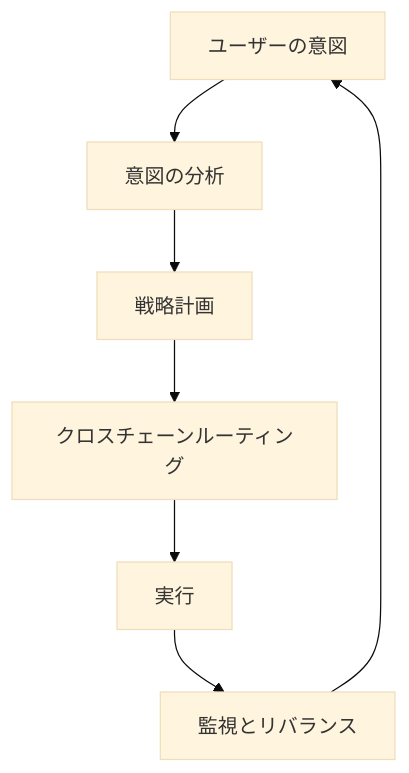
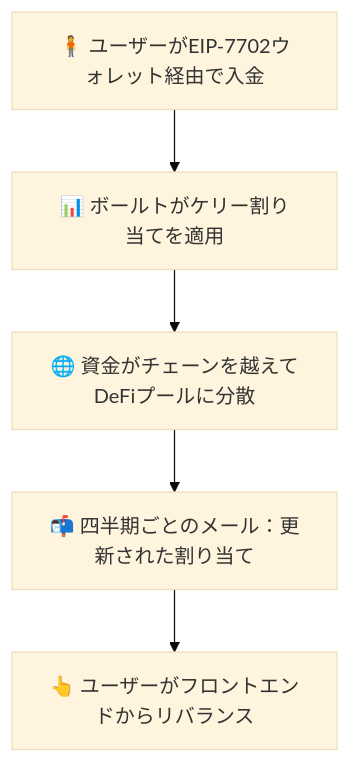
Before and after one commit to zapPilot/docs: the diagram in i18n/ja/docusaurus-plugin-content-docs/current/how-it-works/index.md, drawn with Mermaid (base theme). The commit also changed other lines of this file and 99 other files, not shown here.

````diff
--- a/i18n/ja/docusaurus-plugin-content-docs/current/how-it-works/index.md
+++ b/i18n/ja/docusaurus-plugin-content-docs/current/how-it-works/index.md
@@ -25,9 +76,7 @@
 ```mermaid
 graph TD
-    A[ユーザーの意図] --> B[意図の分析]
-    B --> C[戦略計画]
-    C --> D[クロスチェーンルーティング]
-    D --> E[実行]
-    E --> F[監視とリバランス]
-    F --> A
+  A[🧍 ユーザーがEIP-7702ウォレット経由で入金] --> B[📊 ボールトがケリー割り当てを適用]
+  B --> C[🌐 資金がチェーンを越えてDeFiプールに分散]
+  C --> D[📬 四半期ごとのメール：更新された割り当て]
+  D --> E[👆 ユーザーがフロントエンドからリバランス]
 ```
````
